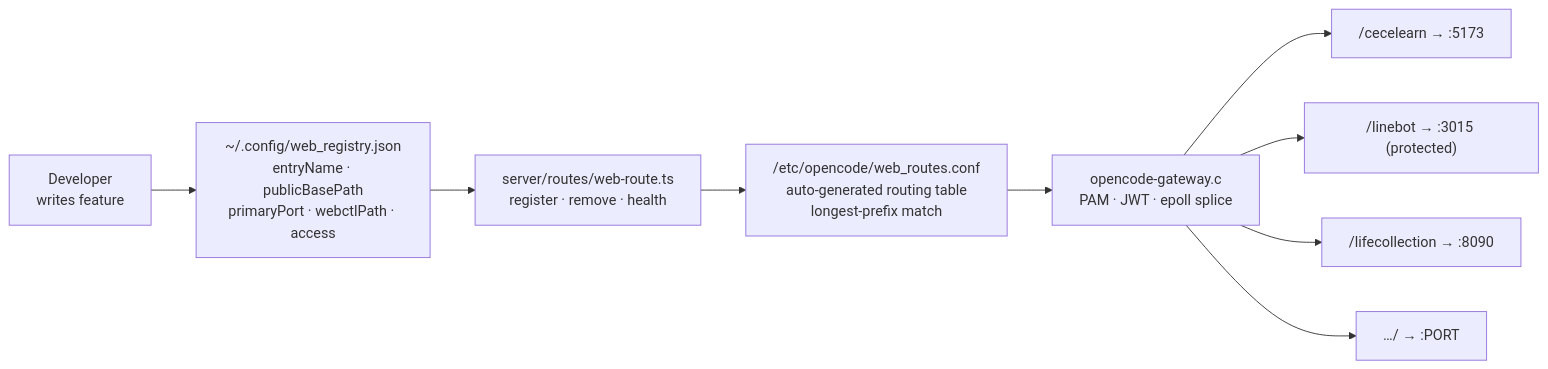
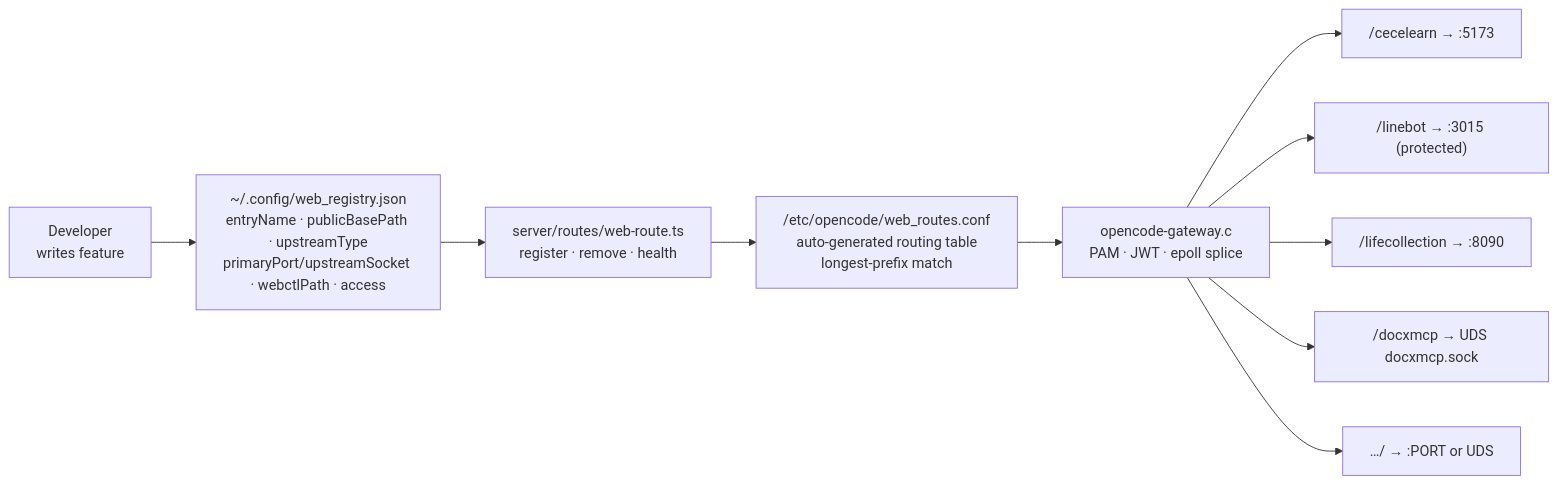
One commit to Raw1mage/opencms changed the third of 3 diagrams in specs/architecture.md. Above: the diagram before and after it, drawn with Mermaid. The commit also changed other lines of this file and 11 other files, not shown here.

````diff
--- a/specs/architecture.md
+++ b/specs/architecture.md
@@ -162,21 +162,23 @@
 ```mermaid
 graph LR
     DEV[Developer<br/>writes feature]
-    REG["~/.config/web_registry.json<br/>entryName · publicBasePath<br/>primaryPort · webctlPath · access"]
+    REG["~/.config/web_registry.json<br/>entryName · publicBasePath · upstreamType<br/>primaryPort/upstreamSocket · webctlPath · access"]
     API["server/routes/web-route.ts<br/>register · remove · health"]
     CONF["/etc/opencode/web_routes.conf<br/>auto-generated routing table<br/>longest-prefix match"]
     GW[opencode-gateway.c<br/>PAM · JWT · epoll splice]
     APP1["/cecelearn → :5173"]
     APP2["/linebot → :3015 (protected)"]
     APP3["/lifecollection → :8090"]
-    APPN["…/<prefix> → :PORT"]
+    DOC["/docxmcp → UDS docxmcp.sock"]
+    APPN["…/<prefix> → :PORT or UDS"]
 
     DEV --> REG
     REG --> API
     API --> CONF
     CONF --> GW
     GW --> APP1
     GW --> APP2
     GW --> APP3
+    GW --> DOC
     GW --> APPN
 ```
````
